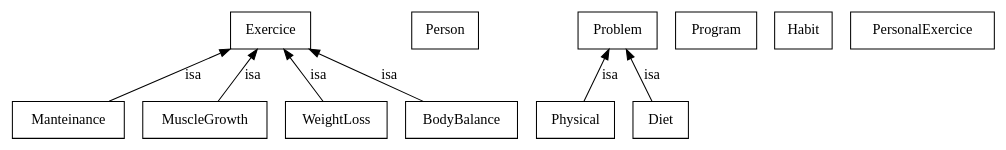
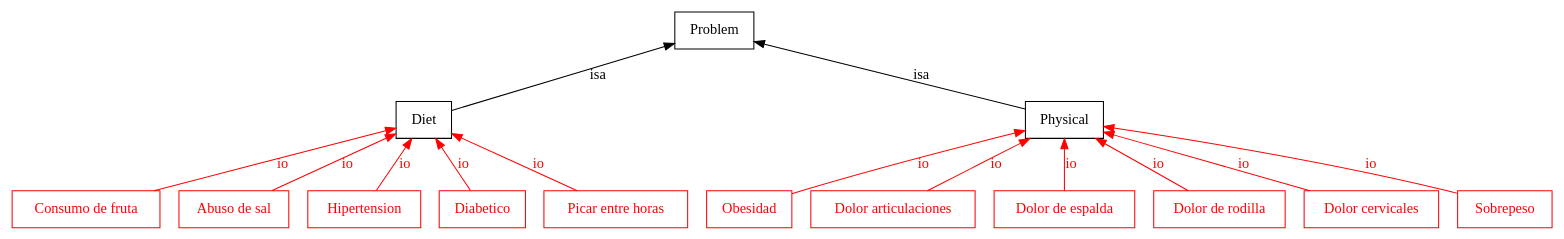
Before and after one commit to andugu/IA: the diagram in practica_02/ont/ontologia.dot, drawn with Graphviz. The commit also changed 2 other files, not shown here.

```diff
--- a/practica_02/ont/ontologia.dot
+++ b/practica_02/ont/ontologia.dot
@@ -1,124 +1,180 @@
 digraph ontologia {
-	graph [bb="0,0,813,123"];
+	graph [bb="0,0,1234.5,210"];
 	node [label="\N"];
-	Manteinance	[color="0.0,0.0,0.0",
+	ontologia_Class8	[color="0.0,1.0,1.0",
+		fontcolor="0.0,1.0,1.0",
+		height=0.5,
+		label="Consumo de fruta",
+		pos="57,18",
+		shape=box,
+		width=1.5833];
+	Diet	[color="0.0,0.0,0.0",
 		fontcolor="0.0,0.0,0.0",
 		height=0.5,
-		label=Manteinance,
-		pos="43,18",
+		label=Diet,
+		pos="329,105",
+		shape=box,
+		width=0.75];
+	Diet -> ontologia_Class8	[color="0.0,1.0,1.0",
+		dir=back,
+		fontcolor="0.0,1.0,1.0",
+		label=io,
+		lp="215.5,61.5",
+		pos="s,301.93,95.539 292.26,92.519 245.76,77.987 165.25,52.829 111.56,36.049"];
+	ontologia_Class9	[color="0.0,1.0,1.0",
+		fontcolor="0.0,1.0,1.0",
+		height=0.5,
+		label="Abuso de sal",
+		pos="176,18",
+		shape=box,
+		width=1.2083];
+	Diet -> ontologia_Class9	[color="0.0,1.0,1.0",
+		dir=back,
+		fontcolor="0.0,1.0,1.0",
+		label=io,
+		lp="267.5,61.5",
+		pos="s,302,88.999 293.12,84.066 266.86,69.481 231.62,49.9 206.67,36.041"];
+	ontologia_Class10000	[color="0.0,1.0,1.0",
+		fontcolor="0.0,1.0,1.0",
+		height=0.5,
+		label=Hipertension,
+		pos="281,18",
 		shape=box,
 		width=1.1944];
-	Exercice	[color="0.0,0.0,0.0",
-		fontcolor="0.0,0.0,0.0",
+	Diet -> ontologia_Class10000	[color="0.0,1.0,1.0",
+		dir=back,
+		fontcolor="0.0,1.0,1.0",
+		label=io,
+		lp="313.5,61.5",
+		pos="s,319.29,86.799 314.27,77.914 306.61,64.35 297.46,48.151 290.7,36.175"];
+	ontologia_Class11	[color="0.0,1.0,1.0",
+		fontcolor="0.0,1.0,1.0",
 		height=0.5,
-		label=Exercice,
-		pos="207,105",
+		label=Diabetico,
+		pos="377,18",
 		shape=box,
-		width=0.875];
-	Exercice -> Manteinance	[color="0.0,0.0,0.0",
+		width=0.95833];
+	Diet -> ontologia_Class11	[color="0.0,1.0,1.0",
 		dir=back,
-		fontcolor="0.0,0.0,0.0",
-		label=isa,
-		lp="143,61.5",
-		pos="s,175.38,87.611 166.29,82.899 138.43,68.459 101.96,49.558 75.929,36.067"];
-	MuscleGrowth	[color="0.0,0.0,0.0",
-		fontcolor="0.0,0.0,0.0",
+		fontcolor="0.0,1.0,1.0",
+		label=io,
+		lp="361.5,61.5",
+		pos="s,338.71,86.799 343.73,77.914 351.39,64.35 360.54,48.151 367.3,36.175"];
+	ontologia_Class10	[color="0.0,1.0,1.0",
+		fontcolor="0.0,1.0,1.0",
 		height=0.5,
-		label=MuscleGrowth,
-		pos="153,18",
+		label="Picar entre horas",
+		pos="484,18",
 		shape=box,
-		width=1.3611];
-	Exercice -> MuscleGrowth	[color="0.0,0.0,0.0",
+		width=1.5139];
+	Diet -> ontologia_Class10	[color="0.0,1.0,1.0",
 		dir=back,
-		fontcolor="0.0,0.0,0.0",
-		label=isa,
-		lp="192,61.5",
-		pos="s,196.07,86.799 190.68,78.305 182.01,64.662 171.59,48.267 163.91,36.175"];
-	WeightLoss	[color="0.0,0.0,0.0",
-		fontcolor="0.0,0.0,0.0",
-		height=0.5,
-		label=WeightLoss,
-		pos="261,18",
-		shape=box,
-		width=1.1389];
-	Exercice -> WeightLoss	[color="0.0,0.0,0.0",
-		dir=back,
-		fontcolor="0.0,0.0,0.0",
-		label=isa,
-		lp="246,61.5",
-		pos="s,217.93,86.799 223.32,78.305 231.99,64.662 242.41,48.267 250.09,36.175"];
-	BodyBalance	[color="0.0,0.0,0.0",
-		fontcolor="0.0,0.0,0.0",
-		height=0.5,
-		label=BodyBalance,
-		pos="365,18",
-		shape=box,
-		width=1.2361];
-	Exercice -> BodyBalance	[color="0.0,0.0,0.0",
-		dir=back,
-		fontcolor="0.0,0.0,0.0",
-		label=isa,
-		lp="304,61.5",
-		pos="s,238.59,87.003 247.66,82.125 274.28,67.805 308.56,49.361 333.19,36.113"];
-	Person	[color="0.0,0.0,0.0",
-		fontcolor="0.0,0.0,0.0",
-		height=0.5,
-		label=Person,
-		pos="371,105",
-		shape=box,
-		width=0.75];
+		fontcolor="0.0,1.0,1.0",
+		label=io,
+		lp="421.5,61.5",
+		pos="s,356.35,88.999 365.35,84.066 391.95,69.481 427.65,49.9 452.93,36.041"];
 	Physical	[color="0.0,0.0,0.0",
 		fontcolor="0.0,0.0,0.0",
 		height=0.5,
 		label=Physical,
-		pos="459,18",
+		pos="843,105",
 		shape=box,
 		width=0.875];
+	ontologia_Class20	[color="0.0,1.0,1.0",
+		fontcolor="0.0,1.0,1.0",
+		height=0.5,
+		label=Obesidad,
+		pos="591,18",
+		shape=box,
+		width=0.94444];
+	Physical -> ontologia_Class20	[color="0.0,1.0,1.0",
+		dir=back,
+		fontcolor="0.0,1.0,1.0",
+		label=io,
+		lp="736.5,61.5",
+		pos="s,811.28,94.351 801.6,91.361 759.25,78.237 691.67,56.758 634,36 631.13,34.967 628.16,33.866 625.19,32.74"];
+	ontologia_Class13	[color="0.0,1.0,1.0",
+		fontcolor="0.0,1.0,1.0",
+		height=0.5,
+		label="Dolor articulaciones",
+		pos="707,18",
+		shape=box,
+		width=1.7639];
+	Physical -> ontologia_Class13	[color="0.0,1.0,1.0",
+		dir=back,
+		fontcolor="0.0,1.0,1.0",
+		label=io,
+		lp="789.5,61.5",
+		pos="s,815.48,86.799 806.79,81.372 784.1,67.186 755.3,49.188 734.48,36.175"];
+	ontologia_Class12	[color="0.0,1.0,1.0",
+		fontcolor="0.0,1.0,1.0",
+		height=0.5,
+		label="Dolor de espalda",
+		pos="843,18",
+		shape=box,
+		width=1.5];
+	Physical -> ontologia_Class12	[color="0.0,1.0,1.0",
+		dir=back,
+		fontcolor="0.0,1.0,1.0",
+		label=io,
+		lp="848.5,61.5",
+		pos="s,843,86.799 843,76.734 843,63.419 843,47.806 843,36.175"];
+	ontologia_Class10002	[color="0.0,1.0,1.0",
+		fontcolor="0.0,1.0,1.0",
+		height=0.5,
+		label="Dolor de rodilla",
+		pos="967,18",
+		shape=box,
+		width=1.4444];
+	Physical -> ontologia_Class10002	[color="0.0,1.0,1.0",
+		dir=back,
+		fontcolor="0.0,1.0,1.0",
+		label=io,
+		lp="918.5,61.5",
+		pos="s,868.09,86.799 876.56,80.994 897.17,66.868 923.13,49.073 941.94,36.175"];
+	ontologia_Class14	[color="0.0,1.0,1.0",
+		fontcolor="0.0,1.0,1.0",
+		height=0.5,
+		label="Dolor cervicales",
+		pos="1090,18",
+		shape=box,
+		width=1.4722];
+	Physical -> ontologia_Class14	[color="0.0,1.0,1.0",
+		dir=back,
+		fontcolor="0.0,1.0,1.0",
+		label=io,
+		lp="987.5,61.5",
+		pos="s,874.53,93.148 884.1,89.856 927.04,75.08 994.41,51.895 1040.3,36.101"];
+	ontologia_Class19	[color="0.0,1.0,1.0",
+		fontcolor="0.0,1.0,1.0",
+		height=0.5,
+		label=Sobrepeso,
+		pos="1198,18",
+		shape=box,
+		width=1.0139];
+	Physical -> ontologia_Class19	[color="0.0,1.0,1.0",
+		dir=back,
+		fontcolor="0.0,1.0,1.0",
+		label=io,
+		lp="1091.5,61.5",
+		pos="s,874.95,98.469 885.15,96.627 945.06,85.718 1058,63.564 1152,36 1155.1,35.089 1158.3,34.075 1161.5,33.007"];
 	Problem	[color="0.0,0.0,0.0",
 		fontcolor="0.0,0.0,0.0",
 		height=0.5,
 		label=Problem,
-		pos="497,105",
+		pos="561,192",
 		shape=box,
 		width=0.88889];
+	Problem -> Diet	[color="0.0,0.0,0.0",
+		dir=back,
+		fontcolor="0.0,0.0,0.0",
+		label=isa,
+		lp="467,148.5",
+		pos="s,528.74,179.18 519.12,175.65 471.89,158.35 396.47,130.72 356.29,116"];
 	Problem -> Physical	[color="0.0,0.0,0.0",
 		dir=back,
 		fontcolor="0.0,0.0,0.0",
 		label=isa,
-		lp="489,61.5",
-		pos="s,489.31,86.799 485.16,77.522 479.14,64.039 471.98,48.036 466.68,36.175"];
-	Diet	[color="0.0,0.0,0.0",
-		fontcolor="0.0,0.0,0.0",
-		height=0.5,
-		label=Diet,
-		pos="536,18",
-		shape=box,
-		width=0.75];
-	Problem -> Diet	[color="0.0,0.0,0.0",
-		dir=back,
-		fontcolor="0.0,0.0,0.0",
-		label=isa,
-		lp="526,61.5",
-		pos="s,504.89,86.799 509.15,77.522 515.33,64.039 522.68,48.036 528.12,36.175"];
-	Program	[color="0.0,0.0,0.0",
-		fontcolor="0.0,0.0,0.0",
-		height=0.5,
-		label=Program,
-		pos="580,105",
-		shape=box,
-		width=0.90278];
-	Habit	[color="0.0,0.0,0.0",
-		fontcolor="0.0,0.0,0.0",
-		height=0.5,
-		label=Habit,
-		pos="658,105",
-		shape=box,
-		width=0.75];
-	PersonalExercice	[color="0.0,0.0,0.0",
-		fontcolor="0.0,0.0,0.0",
-		height=0.5,
-		label=PersonalExercice,
-		pos="758,105",
-		shape=box,
-		width=1.5278];
+		lp="727,148.5",
+		pos="s,593.07,181.33 602.83,178.39 659.76,161.23 760.34,130.91 811.39,115.53"];
 }
```
